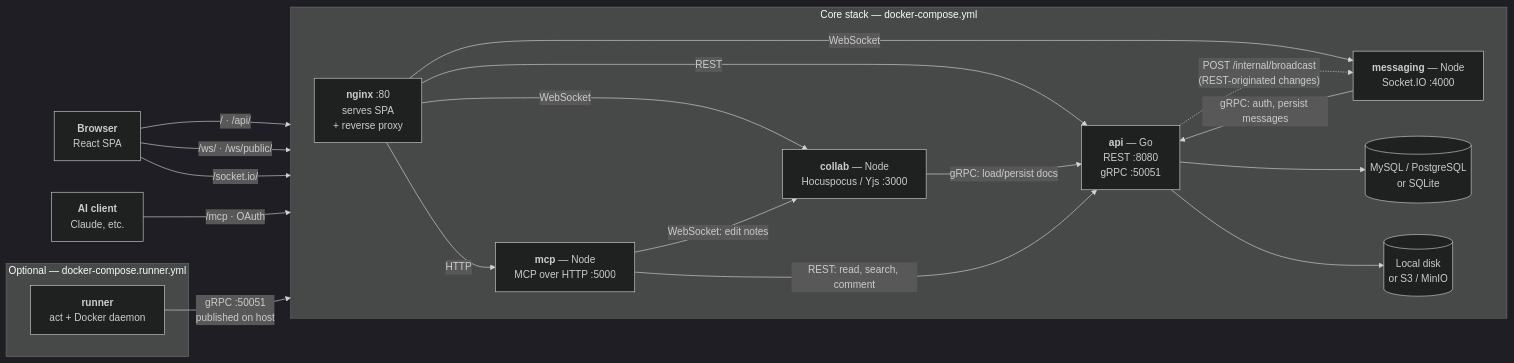
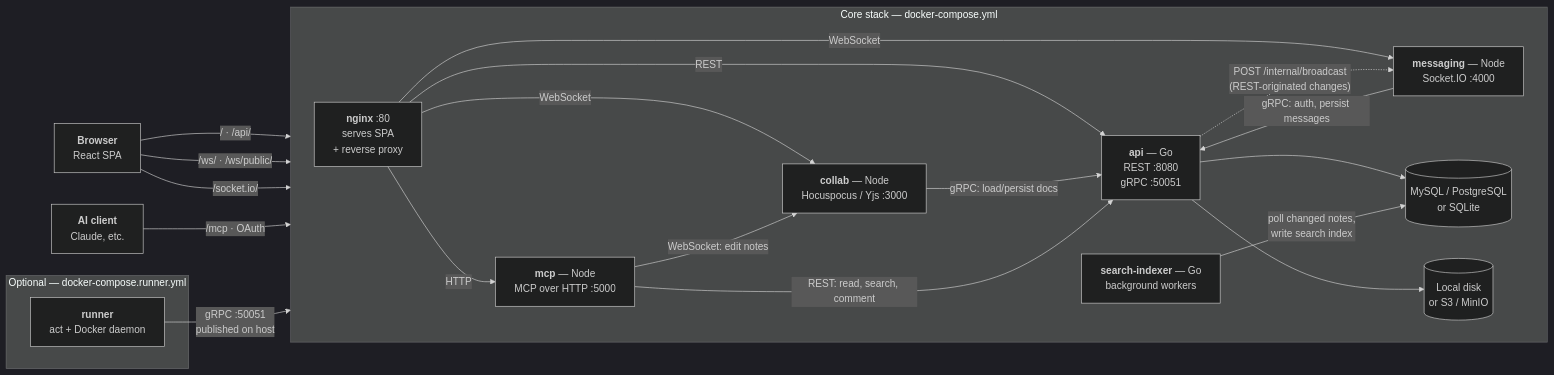
The diagram in README.md (notomate/notomate), drawn with Mermaid (dark theme) before and after one commit. The commit also changed other lines of this file and 50 other files, not shown here.

First line of the commit message:
feat: structured note search with a background search indexer

````diff
--- a/README.md
+++ b/README.md
@@ -56,41 +56,43 @@
 ```mermaid
 flowchart LR
     browser["<b>Browser</b><br/>React SPA"]
     aiclient["<b>AI client</b><br/>Claude, etc."]
 
     subgraph core["Core stack — docker-compose.yml"]
         direction LR
         nginx["<b>nginx</b> :80<br/>serves SPA<br/>+ reverse proxy"]
         api["<b>api</b> — Go<br/>REST :8080<br/>gRPC :50051"]
         collab["<b>collab</b> — Node<br/>Hocuspocus / Yjs :3000"]
         messaging["<b>messaging</b> — Node<br/>Socket.IO :4000"]
         mcp["<b>mcp</b> — Node<br/>MCP over HTTP :5000"]
+        indexer["<b>search-indexer</b> — Go<br/>background workers"]
         db[("MySQL / PostgreSQL<br/>or SQLite")]
         store[("Local disk<br/>or S3 / MinIO")]
     end
 
     subgraph runnerstack["Optional — docker-compose.runner.yml"]
         runner["<b>runner</b><br/>act + Docker daemon"]
     end
 
     browser -->|"/ · /api/"| nginx
     browser -->|"/ws/ · /ws/public/"| nginx
     browser -->|"/socket.io/"| nginx
     aiclient -->|"/mcp · OAuth"| nginx
 
     nginx -->|"REST"| api
     nginx -->|"WebSocket"| collab
     nginx -->|"WebSocket"| messaging
     nginx -->|"HTTP"| mcp
 
     collab -->|"gRPC: load/persist docs"| api
     messaging -->|"gRPC: auth, persist messages"| api
     mcp -->|"REST: read, search, comment"| api
     mcp -->|"WebSocket: edit notes"| collab
     api -.->|"POST /internal/broadcast<br/>(REST-originated changes)"| messaging
 
     api --> db
     api --> store
+    indexer -->|"poll changed notes,<br/>write search index"| db
 
     runner -->|"gRPC :50051<br/>published on host"| api
 ```
````
